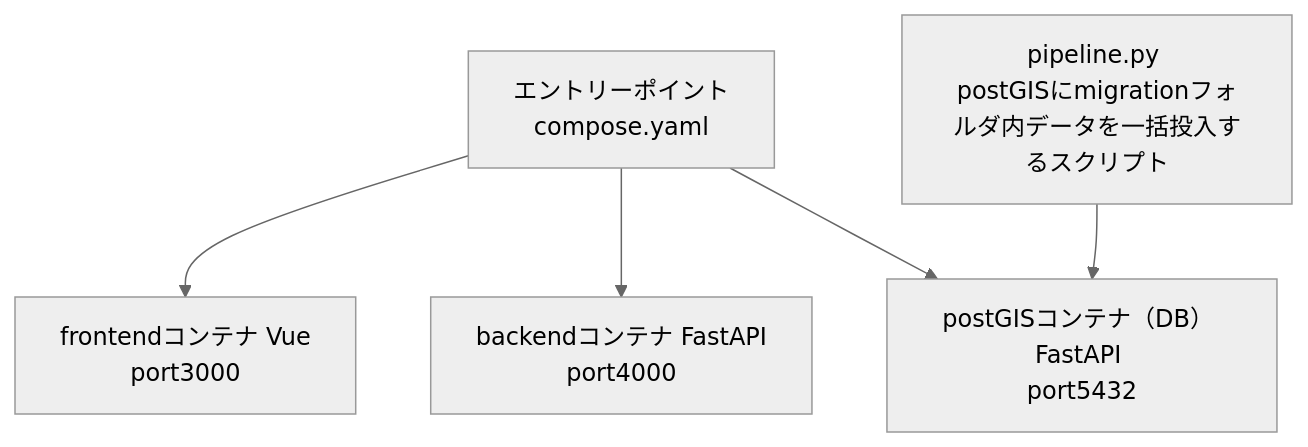
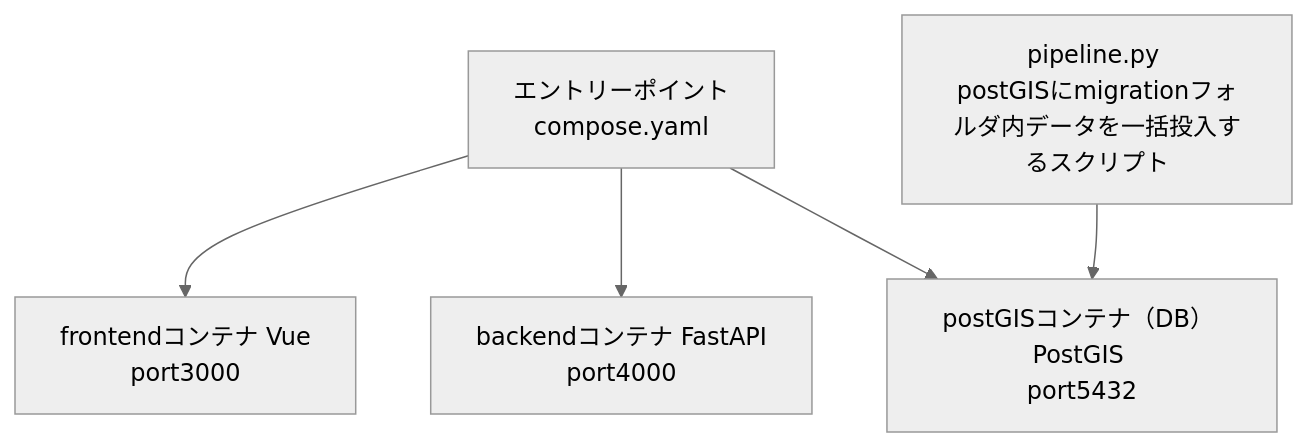
Before and after one commit to mayuge/SPECTRA: the first of 4 diagrams in README.md, drawn with Mermaid (neutral theme). The commit also changed other lines of this file, not shown here.

````diff
--- a/README.md
+++ b/README.md
@@ -61,13 +113,13 @@
 ```mermaid
 flowchart TD
 compose[エントリーポイント <br>compose.yaml]
 frontend[frontendコンテナ Vue <br>port3000]
 backend[backendコンテナ FastAPI <br>port4000]
-postgis[postGISコンテナ（DB） FastAPI <br>port5432]
+postgis[postGISコンテナ（DB） PostGIS <br>port5432]
 pipeline[pipeline.py <br>postGISにmigrationフォルダ内データを一括投入するスクリプト]
 
 compose --> frontend
 compose --> backend
 compose --> postgis
 pipeline --> postgis
 ```
````
